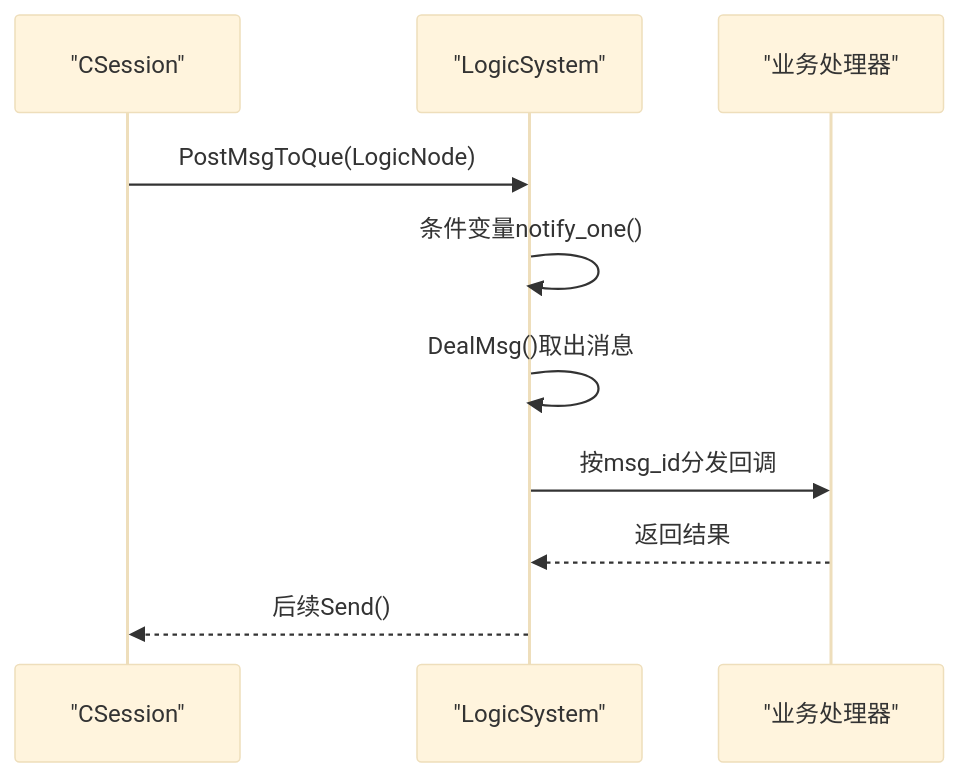
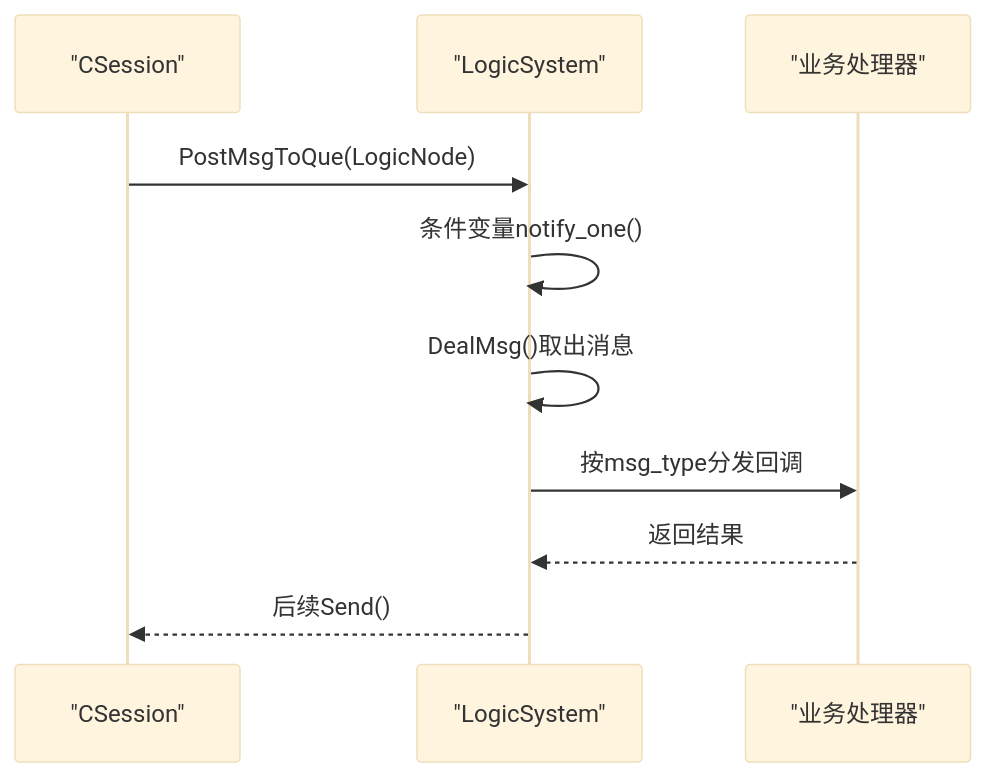
The fifth of 7 diagrams in .qoder/repowiki/zh/content/性能优化/并发处理优化.md (echo9923/mychatter), drawn with Mermaid (base theme) before and after one commit. The commit also changed other lines of this file and 128 other files, not shown here.

````diff
--- a/.qoder/repowiki/zh/content/性能优化/并发处理优化.md
+++ b/.qoder/repowiki/zh/content/性能优化/并发处理优化.md
@@ -212,12 +212,12 @@
 ```mermaid
 sequenceDiagram
 participant Session as "CSession"
 participant Queue as "LogicSystem"
 participant Handler as "业务处理器"
 Session->>Queue : PostMsgToQue(LogicNode)
 Queue->>Queue : 条件变量notify_one()
 Queue->>Queue : DealMsg()取出消息
-Queue->>Handler : 按msg_id分发回调
+Queue->>Handler : 按msg_type分发回调
 Handler-->>Queue : 返回结果
 Queue-->>Session : 后续Send()
 ```
````
